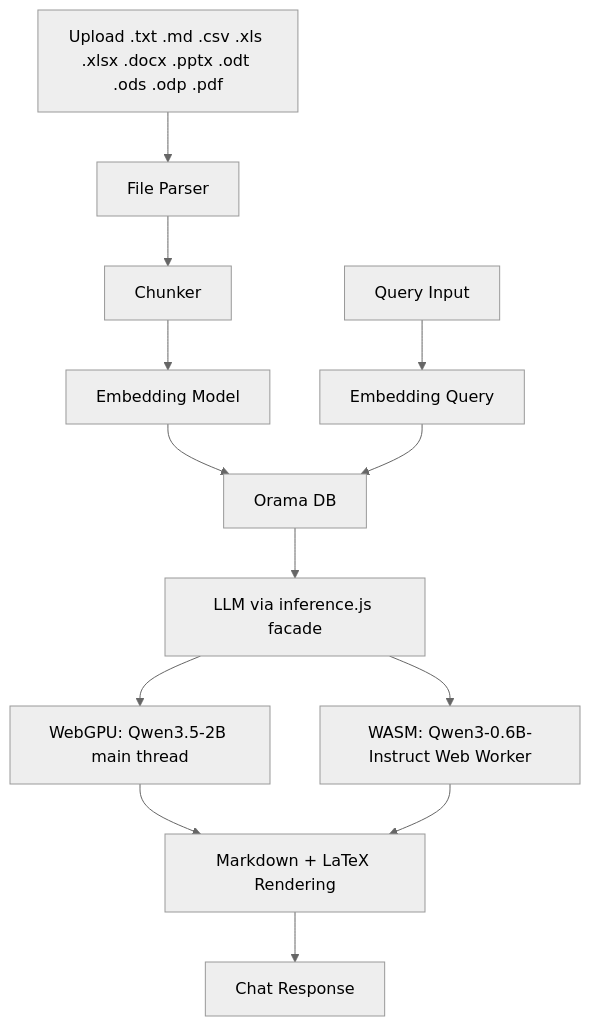
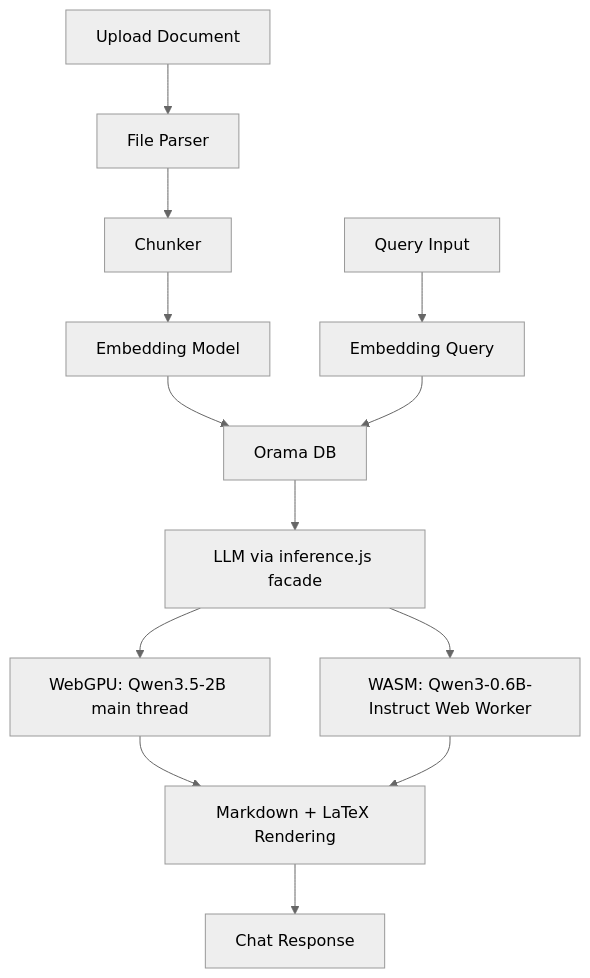
The diagram in README.md (RobertLicht/rag-browser), drawn with Mermaid (neutral theme) before and after one commit. The commit also changed other lines of this file and 5 other files, not shown here.

````diff
--- a/README.md
+++ b/README.md
@@ -23,15 +23,15 @@
 ```mermaid
 graph TD
-    A[Upload .txt .md .csv .xls .xlsx .docx .pptx .odt .ods .odp .pdf] --> B[File Parser]
+    A[Upload Document] --> B[File Parser]
     B --> C[Chunker]
     C --> D[Embedding Model]
     D --> E[Orama DB]
     F[Query Input] --> G[Embedding Query]
     G --> E
     E --> H[LLM via inference.js facade]
     H --> I[WebGPU: Qwen3.5-2B main thread]
     H --> J[WASM: Qwen3-0.6B-Instruct Web Worker]
     I --> K[Markdown + LaTeX Rendering]
     J --> K
     K --> L[Chat Response]
 ```
````
